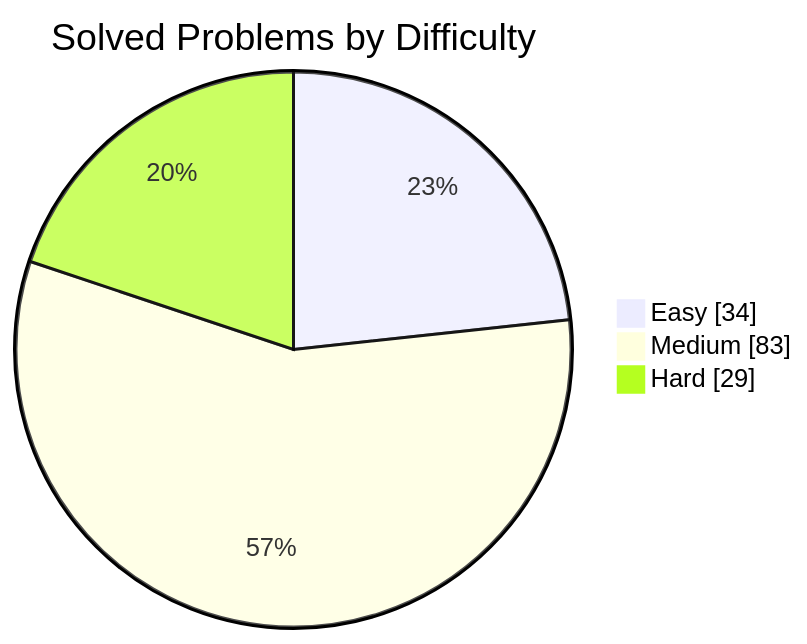
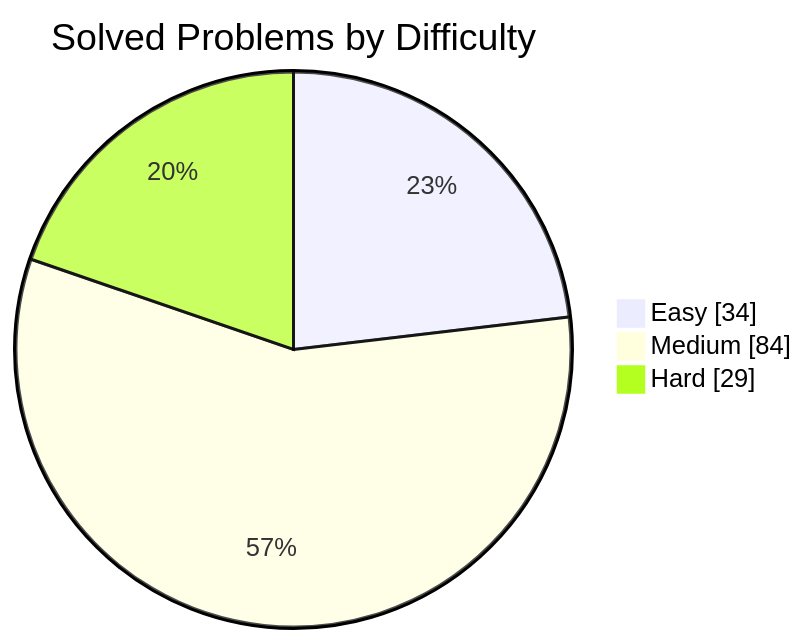
One commit to manikantbindass/DSA-Preparation-FAANG changed the first of 2 diagrams in README.md. Above: the diagram before and after it, drawn with Mermaid. The commit also changed other lines of this file, not shown here.

````diff
--- a/README.md
+++ b/README.md
@@ -38,7 +38,7 @@
 ```mermaid
 pie showData
     title Solved Problems by Difficulty
     "Easy" : 34
-    "Medium" : 83
+    "Medium" : 84
     "Hard" : 29
 ```
````
